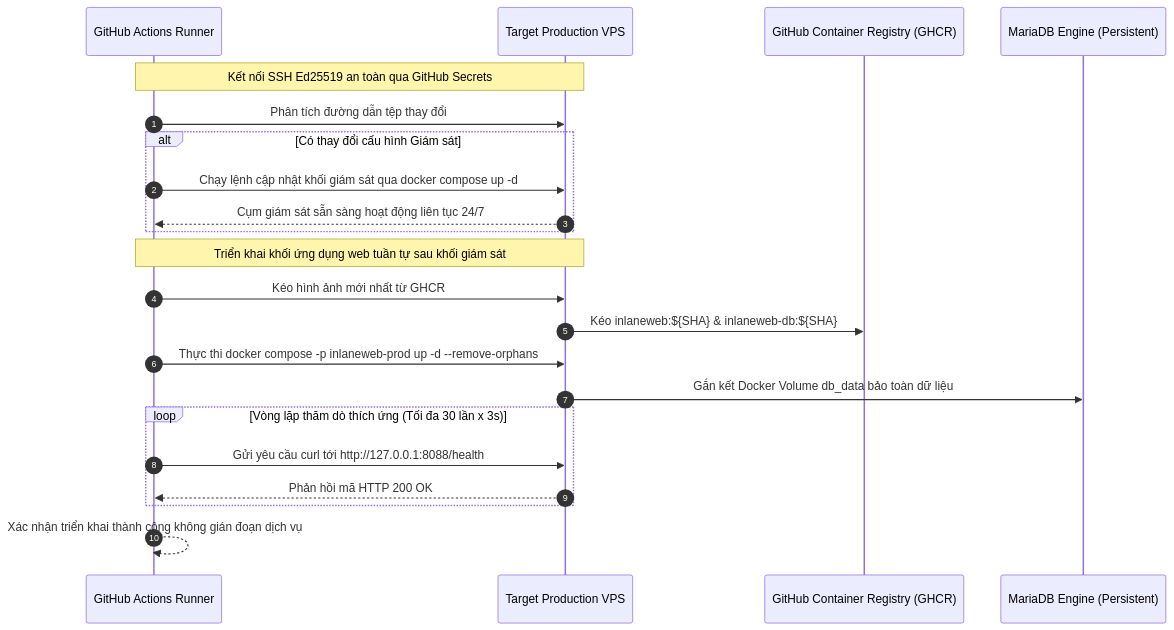
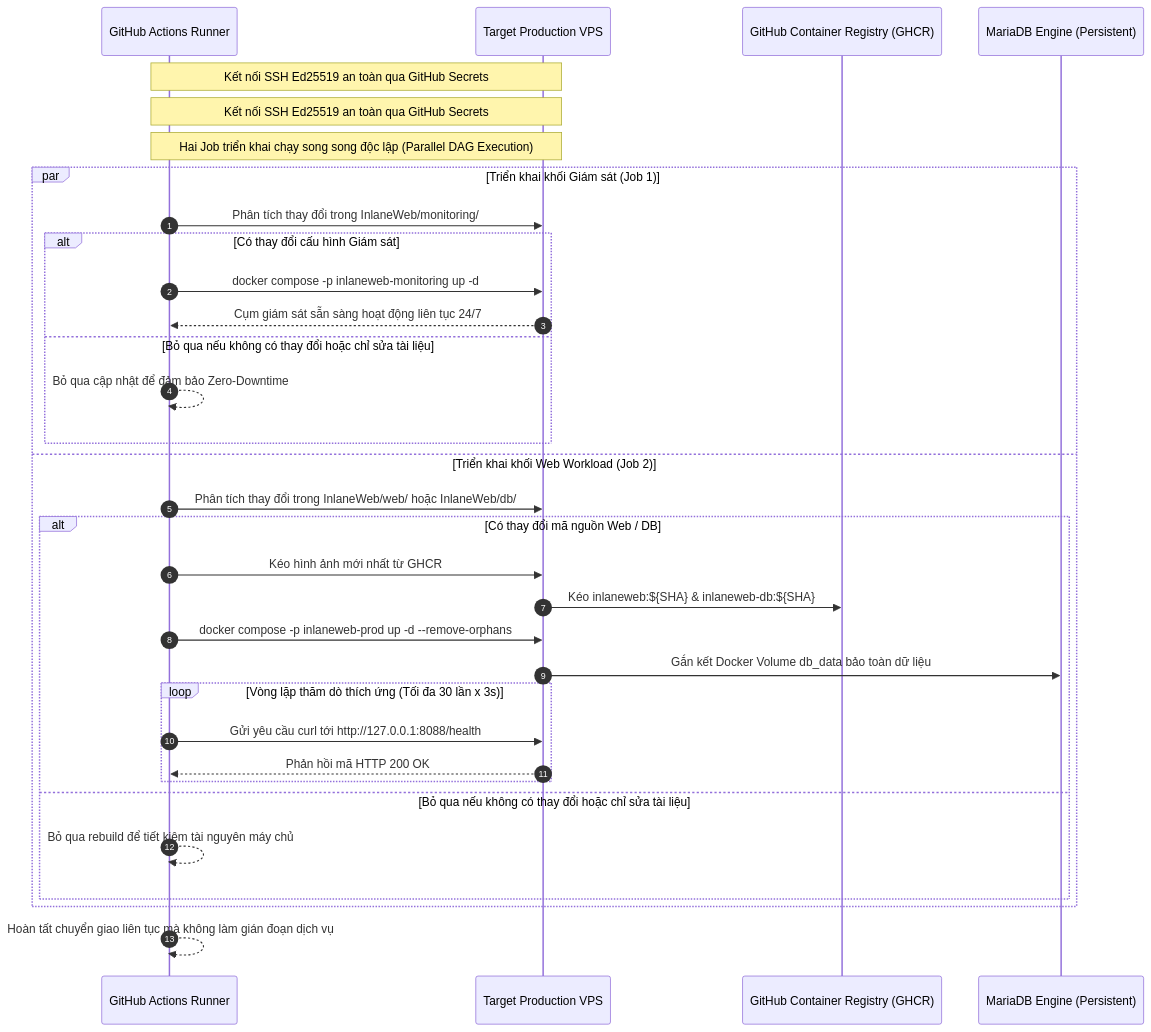
The second of 2 diagrams in docs/05-Báo cáo bài tập lớn DevSecOps.md (wtfwhoyouare/PTIT-DevOps-SonarQube), drawn with Mermaid before and after one commit. The commit also changed other lines of this file and 1 other file, not shown here.

Commit message:
ci(pipeline): toi uu stage 4 chay song song va xu ly xung dot container vps (#52) (#53)

````diff
--- a/docs/05-Báo cáo bài tập lớn DevSecOps.md
+++ b/docs/05-Báo cáo bài tập lớn DevSecOps.md
@@ -492,25 +492,36 @@
 ```mermaid
 sequenceDiagram
     autonumber
     participant Runner as GitHub Actions Runner
     participant VPS as Target Production VPS
     participant GHCR as GitHub Container Registry (GHCR)
     participant MariaDB as MariaDB Engine (Persistent)
 
     Note over Runner, VPS: Kết nối SSH Ed25519 an toàn qua GitHub Secrets
-    Runner->>VPS: Phân tích đường dẫn tệp thay đổi
-    alt Có thay đổi cấu hình Giám sát
-        Runner->>VPS: Chạy lệnh cập nhật khối giám sát qua docker compose up -d
-        VPS-->>Runner: Cụm giám sát sẵn sàng hoạt động liên tục 24/7
+    Note over Runner, VPS: Kết nối SSH Ed25519 an toàn qua GitHub Secrets
+    Note over Runner, VPS: Hai Job triển khai chạy song song độc lập (Parallel DAG Execution)
+    par Triển khai khối Giám sát (Job 1)
+        Runner->>VPS: Phân tích thay đổi trong InlaneWeb/monitoring/
+        alt Có thay đổi cấu hình Giám sát
+            Runner->>VPS: docker compose -p inlaneweb-monitoring up -d
+            VPS-->>Runner: Cụm giám sát sẵn sàng hoạt động liên tục 24/7
+        else Bỏ qua nếu không có thay đổi hoặc chỉ sửa tài liệu
+            Runner-->>Runner: Bỏ qua cập nhật để đảm bảo Zero-Downtime
+        end
+    and Triển khai khối Web Workload (Job 2)
+        Runner->>VPS: Phân tích thay đổi trong InlaneWeb/web/ hoặc InlaneWeb/db/
+        alt Có thay đổi mã nguồn Web / DB
+            Runner->>VPS: Kéo hình ảnh mới nhất từ GHCR
+            VPS->>GHCR: Kéo inlaneweb:${SHA} & inlaneweb-db:${SHA}
+            Runner->>VPS: docker compose -p inlaneweb-prod up -d --remove-orphans
+            VPS->>MariaDB: Gắn kết Docker Volume db_data bảo toàn dữ liệu
+            loop Vòng lặp thăm dò thích ứng (Tối đa 30 lần x 3s)
+                Runner->>VPS: Gửi yêu cầu curl tới http://127.0.0.1:8088/health
+                VPS-->>Runner: Phản hồi mã HTTP 200 OK
+            end
+        else Bỏ qua nếu không có thay đổi hoặc chỉ sửa tài liệu
+            Runner-->>Runner: Bỏ qua rebuild để tiết kiệm tài nguyên máy chủ
+        end
     end
-    Note over Runner, VPS: Triển khai khối ứng dụng web tuần tự sau khối giám sát
-    Runner->>VPS: Kéo hình ảnh mới nhất từ GHCR
-    VPS->>GHCR: Kéo inlaneweb:${SHA} & inlaneweb-db:${SHA}
-    Runner->>VPS: Thực thi docker compose -p inlaneweb-prod up -d --remove-orphans
-    VPS->>MariaDB: Gắn kết Docker Volume db_data bảo toàn dữ liệu
-    loop Vòng lặp thăm dò thích ứng (Tối đa 30 lần x 3s)
-        Runner->>VPS: Gửi yêu cầu curl tới http://127.0.0.1:8088/health
-        VPS-->>Runner: Phản hồi mã HTTP 200 OK
-    end
-    Runner-->>Runner: Xác nhận triển khai thành công không gián đoạn dịch vụ
+    Runner-->>Runner: Hoàn tất chuyển giao liên tục mà không làm gián đoạn dịch vụ
 ```
````
